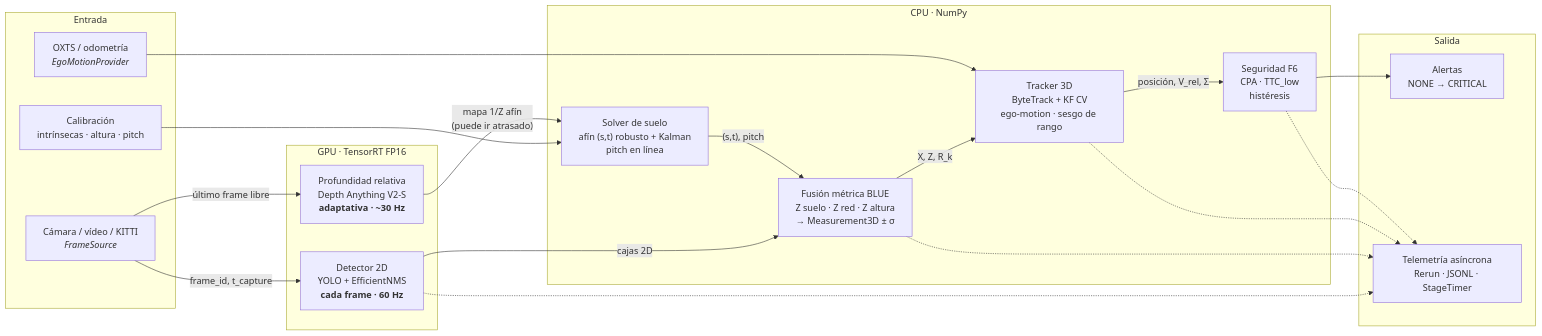
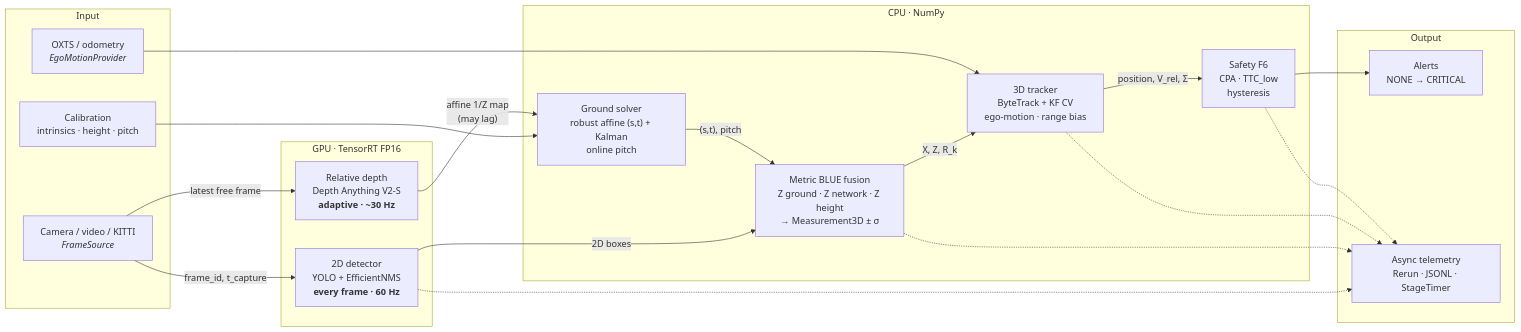
The first of 2 diagrams in README.md (aiambo08/perception3d), drawn with Mermaid before and after one commit. The commit also changed other lines of this file and 22 other files, not shown here.

````diff
--- a/README.md
+++ b/README.md
@@ -59,40 +61,40 @@
 ```mermaid
 flowchart LR
-    subgraph IN["Entrada"]
-        CAM["Cámara / vídeo / KITTI<br/><i>FrameSource</i>"]
-        OX["OXTS / odometría<br/><i>EgoMotionProvider</i>"]
-        CAL["Calibración<br/>intrínsecas · altura · pitch"]
+    subgraph IN["Input"]
+        CAM["Camera / video / KITTI<br/><i>FrameSource</i>"]
+        OX["OXTS / odometry<br/><i>EgoMotionProvider</i>"]
+        CAL["Calibration<br/>intrinsics · height · pitch"]
     end
 
     subgraph GPU["GPU · TensorRT FP16"]
-        DET["Detector 2D<br/>YOLO + EfficientNMS<br/><b>cada frame · 60 Hz</b>"]
-        DEP["Profundidad relativa<br/>Depth Anything V2-S<br/><b>adaptativa · ~30 Hz</b>"]
+        DET["2D detector<br/>YOLO + EfficientNMS<br/><b>every frame · 60 Hz</b>"]
+        DEP["Relative depth<br/>Depth Anything V2-S<br/><b>adaptive · ~30 Hz</b>"]
     end
 
     subgraph CPU["CPU · NumPy"]
-        GS["Solver de suelo<br/>afín (s,t) robusto + Kalman<br/>pitch en línea"]
-        FU["Fusión métrica BLUE<br/>Z suelo · Z red · Z altura<br/>→ Measurement3D ± σ"]
-        TR["Tracker 3D<br/>ByteTrack + KF CV<br/>ego-motion · sesgo de rango"]
-        SA["Seguridad F6<br/>CPA · TTC_low<br/>histéresis"]
+        GS["Ground solver<br/>robust affine (s,t) + Kalman<br/>online pitch"]
+        FU["Metric BLUE fusion<br/>Z ground · Z network · Z height<br/>→ Measurement3D ± σ"]
+        TR["3D tracker<br/>ByteTrack + KF CV<br/>ego-motion · range bias"]
+        SA["Safety F6<br/>CPA · TTC_low<br/>hysteresis"]
     end
 
-    subgraph OUT["Salida"]
-        AL["Alertas<br/>NONE → CRITICAL"]
-        TE["Telemetría asíncrona<br/>Rerun · JSONL · StageTimer"]
+    subgraph OUT["Output"]
+        AL["Alerts<br/>NONE → CRITICAL"]
+        TE["Async telemetry<br/>Rerun · JSONL · StageTimer"]
     end
 
     CAM -->|"frame_id, t_capture"| DET
-    CAM -->|"último frame libre"| DEP
+    CAM -->|"latest free frame"| DEP
     CAL --> GS
-    DET -->|"cajas 2D"| FU
-    DEP -->|"mapa 1/Z afín<br/>(puede ir atrasado)"| GS
+    DET -->|"2D boxes"| FU
+    DEP -->|"affine 1/Z map<br/>(may lag)"| GS
     GS -->|"(s,t), pitch"| FU
     FU -->|"X, Z, R_k"| TR
     OX --> TR
-    TR -->|"posición, V_rel, Σ"| SA
+    TR -->|"position, V_rel, Σ"| SA
     SA --> AL
     DET -.-> TE
     FU -.-> TE
     TR -.-> TE
     SA -.-> TE
 ```
````
